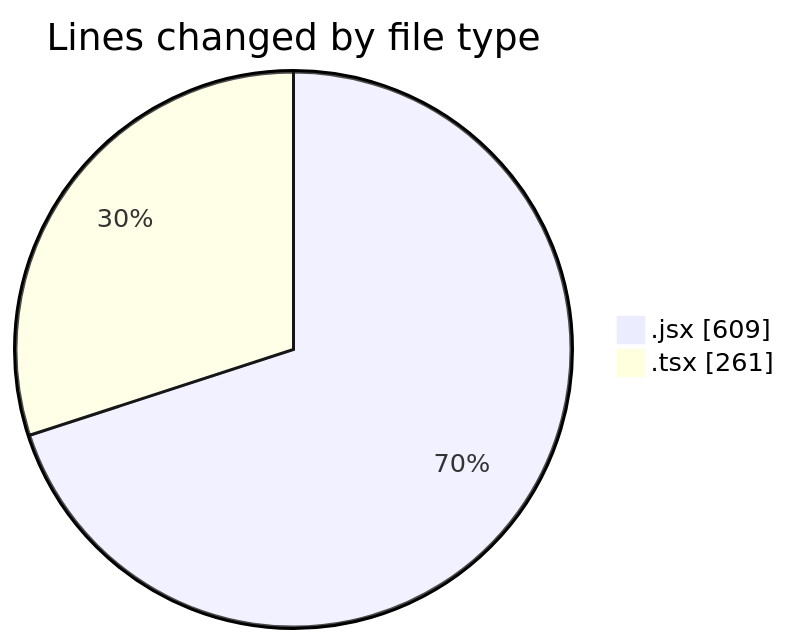
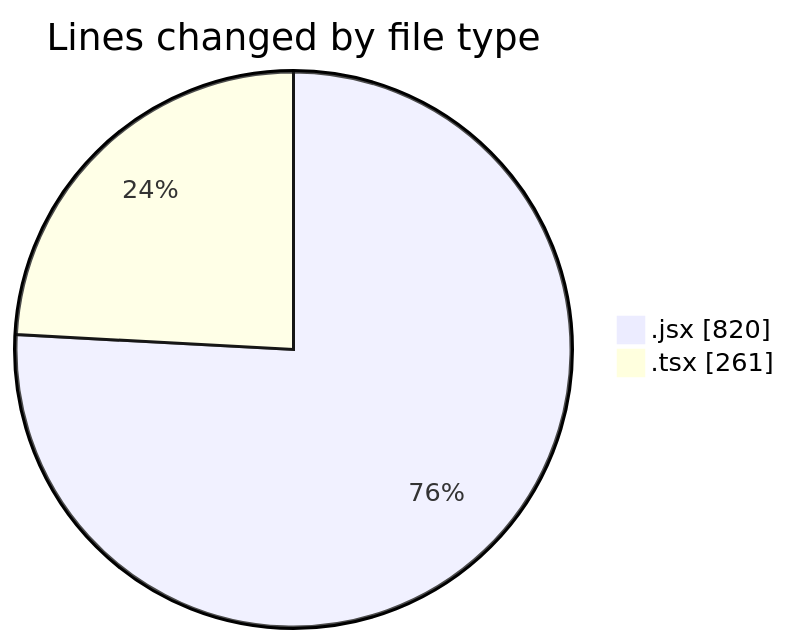
Before and after one commit to momahboobian/code-tracking: the first of 2 diagrams in 2026-02-11/cda/README.md, drawn with Mermaid. The commit also changed other lines of this file and 1 other file, not shown here.

````diff
--- a/2026-02-11/cda/README.md
+++ b/2026-02-11/cda/README.md
@@ -24,6 +24,6 @@
 ```mermaid
 pie showData
 title Lines changed by file type
-".jsx" : 609
+".jsx" : 820
 ".tsx" : 261
 ```
````
